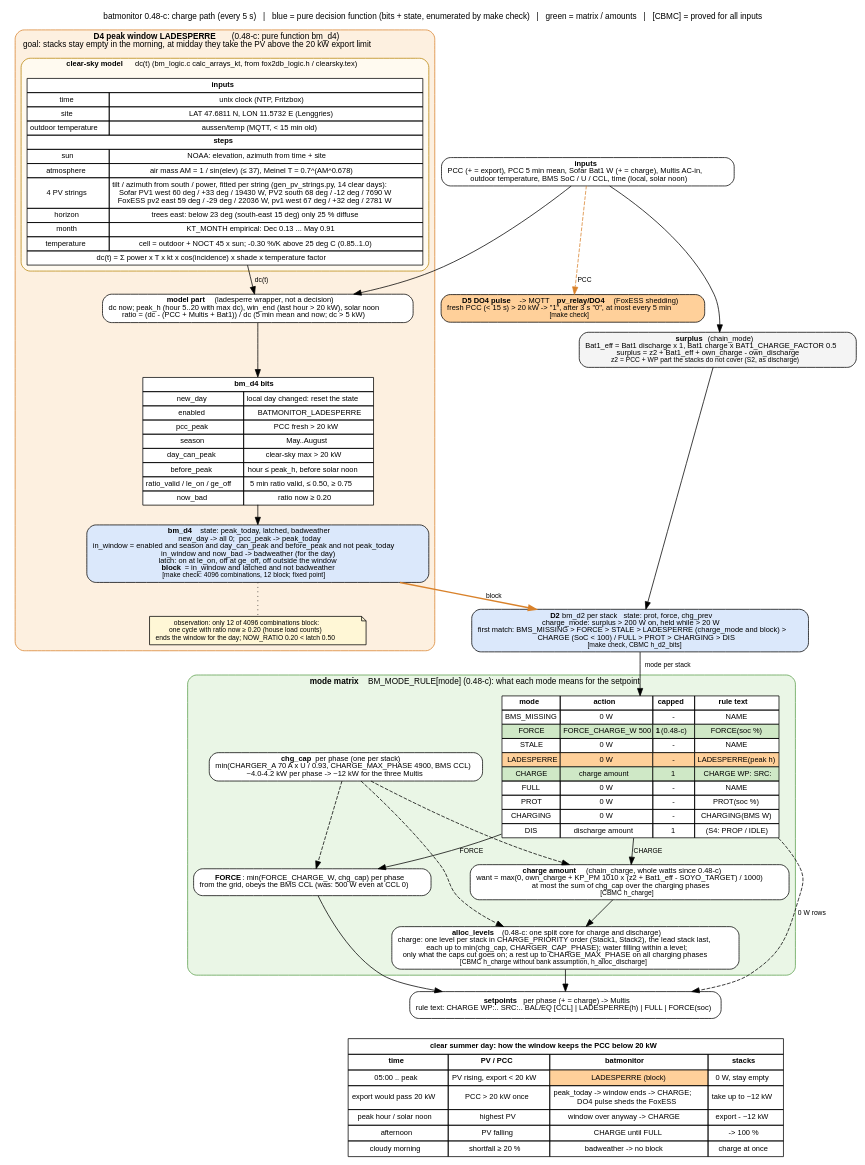
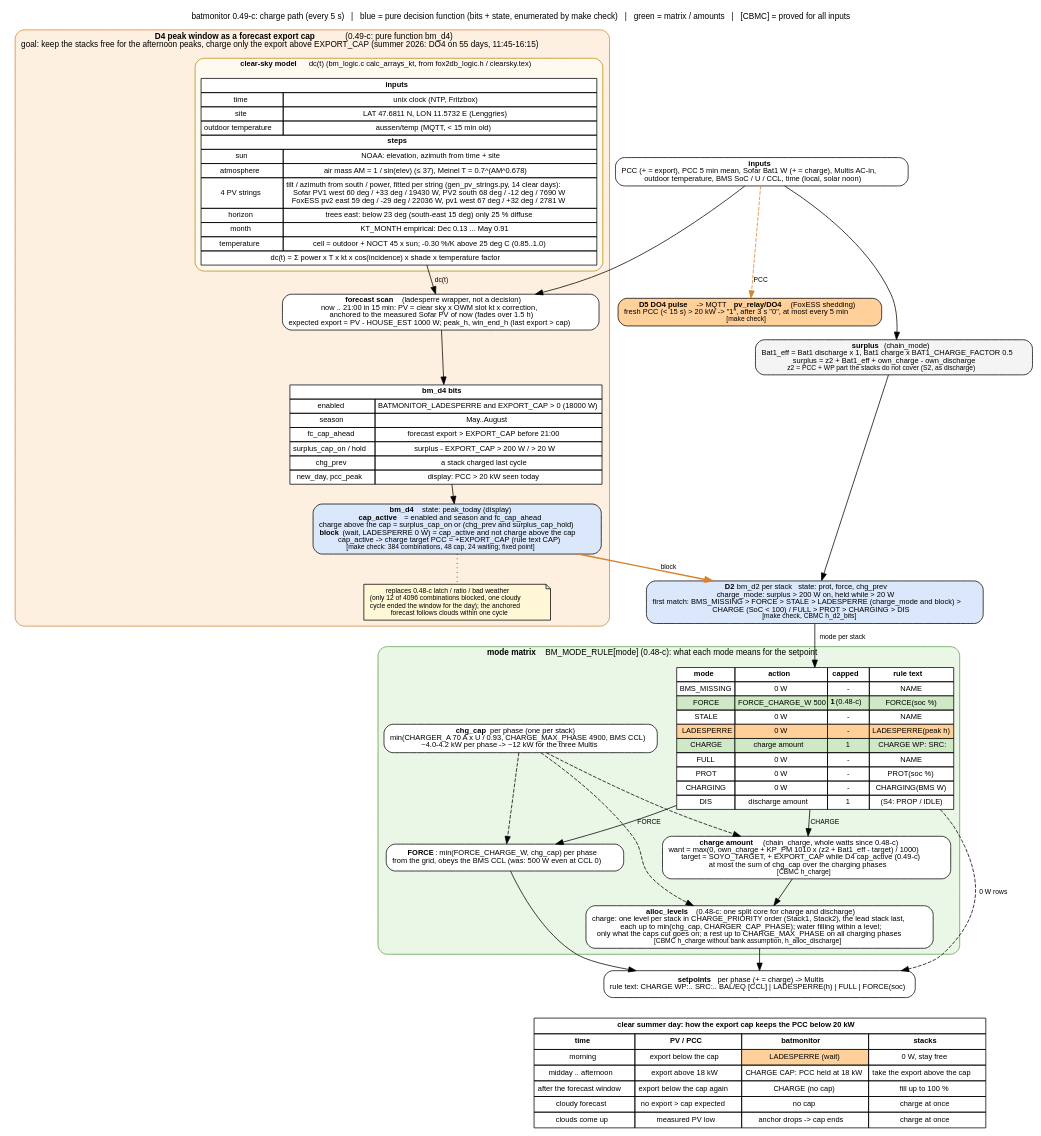
The diagram in docs/charge_flow.dot (gerontec/victron), drawn with Graphviz before and after one commit. The commit also changed 15 other files, not shown here.

```diff
--- a/docs/charge_flow.dot
+++ b/docs/charge_flow.dot
@@ -1,111 +1,109 @@
-// batmonitor 0.48-c: charge path of one cycle as decision matrices, with the summer peak window (D4 LADESPERRE)
+// batmonitor 0.49-c: charge path of one cycle as decision matrices, with the summer peak window (D4 LADESPERRE)
 // that keeps the stacks free in the morning so they take the midday PV and the PCC export stays below 20 kW.
 // render: dot -Tpdf charge_flow.dot -o charge_flow.pdf   (or -Tpng)
 digraph charge {
 	graph [rankdir=TB, fontname="Helvetica", fontsize=11, nodesep=0.35, ranksep=0.35, newrank=true,
-		   label="batmonitor 0.48-c: charge path (every 5 s)   |   blue = pure decision function (bits + state, enumerated by make check)   |   green = matrix / amounts   |   [CBMC] = proved for all inputs",
+		   label="batmonitor 0.49-c: charge path (every 5 s)   |   blue = pure decision function (bits + state, enumerated by make check)   |   green = matrix / amounts   |   [CBMC] = proved for all inputs",
 		   labelloc=t];
 	node [shape=box, style="rounded,filled", fillcolor="#f4f4f4", fontname="Helvetica", fontsize=10];
 	edge [fontname="Helvetica", fontsize=9];
 
 	in [label=<<b>inputs</b><br/>PCC (+ = export), PCC 5 min mean, Sofar Bat1 W (+ = charge), Multis AC-in,<br/>outdoor temperature, BMS SoC / U / CCL, time (local, solar noon)>, fillcolor="#ffffff"];
 
 	surplus [label=<<b>surplus</b> (chain_mode)<br/>Bat1_eff = Bat1 discharge x 1, Bat1 charge x BAT1_CHARGE_FACTOR 0.5<br/>surplus = z2 + Bat1_eff + own_charge - own_discharge<br/><font point-size="9">z2 = PCC + WP part the stacks do not cover (S2, as discharge)</font>>];
 
 	subgraph cluster_d4 {
-		label=<<b>D4 peak window LADESPERRE</b> (0.48-c: pure function bm_d4)<br/>goal: stacks stay empty in the morning, at midday they take the PV above the 20 kW export limit>;
+		label=<<b>D4 peak window as a forecast export cap</b> (0.49-c: pure function bm_d4)<br/>goal: keep the stacks free for the afternoon peaks, charge only the export above EXPORT_CAP (summer 2026: DO4 on 55 days, 11:45-16:15)>;
 		style="rounded,filled"; fillcolor="#fdf0e0"; color="#d9822b"; fontsize=11;
 		subgraph cluster_sky {
 			label=<<b>clear-sky model</b> dc(t) (bm_logic.c calc_arrays_kt, from fox2db_logic.h / clearsky.tex)>;
 			style="rounded,filled"; fillcolor="#fffaf0"; color="#b8860b"; fontsize=10;
 			sky [shape=plain, label=<
 				<table border="0" cellborder="1" cellspacing="0" cellpadding="3" bgcolor="#ffffff">
 				<tr><td colspan="2"><b>inputs</b></td></tr>
 				<tr><td>time</td><td>unix clock (NTP, Fritzbox)</td></tr>
 				<tr><td>site</td><td>LAT 47.6811 N, LON 11.5732 E (Lenggries)</td></tr>
 				<tr><td>outdoor temperature</td><td>aussen/temp (MQTT, &lt; 15 min old)</td></tr>
 				<tr><td colspan="2"><b>steps</b></td></tr>
 				<tr><td>sun</td><td>NOAA: elevation, azimuth from time + site</td></tr>
 				<tr><td>atmosphere</td><td>air mass AM = 1 / sin(elev) (&le; 37), Meinel T = 0.7^(AM^0.678)</td></tr>
 				<tr><td>4 PV strings</td><td>tilt / azimuth from south / power, fitted per string (gen_pv_strings.py, 14 clear days):<br/>Sofar PV1 west 60 deg / +33 deg / 19430 W, PV2 south 68 deg / -12 deg / 7690 W<br/>FoxESS pv2 east 59 deg / -29 deg / 22036 W, pv1 west 67 deg / +32 deg / 2781 W</td></tr>
 				<tr><td>horizon</td><td>trees east: below 23 deg (south-east 15 deg) only 25 % diffuse</td></tr>
 				<tr><td>month</td><td>KT_MONTH empirical: Dec 0.13 ... May 0.91</td></tr>
 				<tr><td>temperature</td><td>cell = outdoor + NOCT 45 x sun; -0.30 %/K above 25 deg C (0.85..1.0)</td></tr>
 				<tr><td colspan="2">dc(t) = &Sigma; power x T x kt x cos(incidence) x shade x temperature factor</td></tr>
 				</table>>];
 		}
-		model [label=<<b>model part</b> (ladesperre wrapper, not a decision)<br/>dc now; peak_h (hour 5..20 with max dc), win_end (last hour &gt; 20 kW), solar noon<br/>ratio = (dc - (PCC + Multis + Bat1)) / dc (5 min mean and now; dc &gt; 5 kW)>, fillcolor="#ffffff"];
+		model [label=<<b>forecast scan</b> (ladesperre wrapper, not a decision)<br/>now .. 21:00 in 15 min: PV = clear sky x OWM slot kt x correction,<br/>anchored to the measured Sofar PV of now (fades over 1.5 h)<br/>expected export = PV - HOUSE_EST 1000 W; peak_h, win_end_h (last export &gt; cap)>, fillcolor="#ffffff"];
 		sky -> model [label=" dc(t)"];
 		d4bits [shape=plain, label=<
 			<table border="0" cellborder="1" cellspacing="0" cellpadding="3" bgcolor="#ffffff">
 			<tr><td colspan="2"><b>bm_d4 bits</b></td></tr>
-			<tr><td>new_day</td><td>local day changed: reset the state</td></tr>
-			<tr><td>enabled</td><td>BATMONITOR_LADESPERRE</td></tr>
-			<tr><td>pcc_peak</td><td>PCC fresh &gt; 20 kW</td></tr>
+			<tr><td>enabled</td><td>BATMONITOR_LADESPERRE and EXPORT_CAP &gt; 0 (18000 W)</td></tr>
 			<tr><td>season</td><td>May..August</td></tr>
-			<tr><td>day_can_peak</td><td>clear-sky max &gt; 20 kW</td></tr>
-			<tr><td>before_peak</td><td>hour &le; peak_h, before solar noon</td></tr>
-			<tr><td>ratio_valid / le_on / ge_off</td><td>5 min ratio valid, &le; 0.50, &ge; 0.75</td></tr>
-			<tr><td>now_bad</td><td>ratio now &ge; 0.20</td></tr>
+			<tr><td>fc_cap_ahead</td><td>forecast export &gt; EXPORT_CAP before 21:00</td></tr>
+			<tr><td>surplus_cap_on / hold</td><td>surplus - EXPORT_CAP &gt; 200 W / &gt; 20 W</td></tr>
+			<tr><td>chg_prev</td><td>a stack charged last cycle</td></tr>
+			<tr><td>new_day, pcc_peak</td><td>display: PCC &gt; 20 kW seen today</td></tr>
 			</table>>];
-		d4 [label=<<b>bm_d4</b>   state: peak_today, latched, badweather<br/>new_day -&gt; all 0;  pcc_peak -&gt; peak_today<br/>in_window = enabled and season and day_can_peak and before_peak and not peak_today<br/>in_window and now_bad -&gt; badweather (for the day)<br/>latch: on at le_on, off at ge_off, off outside the window<br/><b>block</b> = in_window and latched and not badweather<br/><font point-size="9">[make check: 4096 combinations, 12 block; fixed point]</font>>, fillcolor="#dbe8fb"];
-		note_ls [shape=note, fillcolor="#fff7d6", fontsize=9, label=<observation: only 12 of 4096 combinations block:<br/>one cycle with ratio now &ge; 0.20 (house load counts)<br/>ends the window for the day; NOW_RATIO 0.20 &lt; latch 0.50>];
+		d4 [label=<<b>bm_d4</b>   state: peak_today (display)<br/><b>cap_active</b> = enabled and season and fc_cap_ahead<br/>charge above the cap = surplus_cap_on or (chg_prev and surplus_cap_hold)<br/><b>block</b> (wait, LADESPERRE 0 W) = cap_active and not charge above the cap<br/>cap_active -&gt; charge target PCC = +EXPORT_CAP (rule text CAP)<br/><font point-size="9">[make check: 384 combinations, 48 cap, 24 waiting; fixed point]</font>>, fillcolor="#dbe8fb"];
+		note_ls [shape=note, fillcolor="#fff7d6", fontsize=9, label=<replaces 0.48-c latch / ratio / bad weather<br/>(only 12 of 4096 combinations blocked, one cloudy<br/>cycle ended the window for the day); the anchored<br/>forecast follows clouds within one cycle>];
 		model -> d4bits -> d4;
 		d4 -> note_ls [style=dotted, arrowhead=none];
 	}
 
 	d2 [label=<<b>D2</b> bm_d2 per stack   state: prot, force, chg_prev<br/>charge_mode: surplus &gt; 200 W on, held while &gt; 20 W<br/>first match: BMS_MISSING &gt; FORCE &gt; STALE &gt; LADESPERRE (charge_mode and block) &gt;<br/>CHARGE (SoC &lt; 100) / FULL &gt; PROT &gt; CHARGING &gt; DIS<br/><font point-size="9">[make check, CBMC h_d2_bits]</font>>, fillcolor="#dbe8fb"];
 
 	subgraph cluster_mode {
 		label=<<b>mode matrix</b> BM_MODE_RULE[mode] (0.48-c): what each mode means for the setpoint>;
 		style="rounded,filled"; fillcolor="#eaf6e6"; color="#5a9e4b"; fontsize=11;
 		mrule [shape=plain, label=<
 			<table border="0" cellborder="1" cellspacing="0" cellpadding="3" bgcolor="#ffffff">
 			<tr><td><b>mode</b></td><td><b>action</b></td><td><b>capped</b></td><td><b>rule text</b></td></tr>
 			<tr><td>BMS_MISSING</td><td>0 W</td><td>-</td><td>NAME</td></tr>
 			<tr><td bgcolor="#cfe8c6">FORCE</td><td bgcolor="#cfe8c6">FORCE_CHARGE_W 500</td><td bgcolor="#cfe8c6"><b>1</b> (0.48-c)</td><td bgcolor="#cfe8c6">FORCE(soc %)</td></tr>
 			<tr><td>STALE</td><td>0 W</td><td>-</td><td>NAME</td></tr>
 			<tr><td bgcolor="#ffd09a">LADESPERRE</td><td bgcolor="#ffd09a">0 W</td><td bgcolor="#ffd09a">-</td><td bgcolor="#ffd09a">LADESPERRE(peak h)</td></tr>
 			<tr><td bgcolor="#cfe8c6">CHARGE</td><td bgcolor="#cfe8c6">charge amount</td><td bgcolor="#cfe8c6">1</td><td bgcolor="#cfe8c6">CHARGE WP: SRC:</td></tr>
 			<tr><td>FULL</td><td>0 W</td><td>-</td><td>NAME</td></tr>
 			<tr><td>PROT</td><td>0 W</td><td>-</td><td>PROT(soc %)</td></tr>
 			<tr><td>CHARGING</td><td>0 W</td><td>-</td><td>CHARGING(BMS W)</td></tr>
 			<tr><td>DIS</td><td>discharge amount</td><td>1</td><td>(S4: PROP / IDLE)</td></tr>
 			</table>>];
 		force [label=<<b>FORCE</b>: min(FORCE_CHARGE_W, chg_cap) per phase<br/>from the grid, obeys the BMS CCL (was: 500 W even at CCL 0)>, fillcolor="#ffffff"];
-		amount [label=<<b>charge amount</b> (chain_charge, whole watts since 0.48-c)<br/>want = max(0, own_charge + KP_PM 1010 x (z2 + Bat1_eff - SOYO_TARGET) / 1000)<br/>at most the sum of chg_cap over the charging phases<br/><font point-size="9">[CBMC h_charge]</font>>, fillcolor="#ffffff"];
+		amount [label=<<b>charge amount</b> (chain_charge, whole watts since 0.48-c)<br/>want = max(0, own_charge + KP_PM 1010 x (z2 + Bat1_eff - target) / 1000)<br/>target = SOYO_TARGET, + EXPORT_CAP while D4 cap_active (0.49-c)<br/>at most the sum of chg_cap over the charging phases<br/><font point-size="9">[CBMC h_charge]</font>>, fillcolor="#ffffff"];
 		caps [label=<<b>chg_cap</b> per phase (one per stack)<br/>min(CHARGER_A 70 A x U / 0.93, CHARGE_MAX_PHASE 4900, BMS CCL)<br/>~4.0-4.2 kW per phase -&gt; ~12 kW for the three Multis>, fillcolor="#ffffff"];
 		alloc [label=<<b>alloc_levels</b> (0.48-c: one split core for charge and discharge)<br/>charge: one level per stack in CHARGE_PRIORITY order (Stack1, Stack2), the lead stack last,<br/>each up to min(chg_cap, CHARGER_CAP_PHASE); water filling within a level;<br/>only what the caps cut goes on; a rest up to CHARGE_MAX_PHASE on all charging phases<br/><font point-size="9">[CBMC h_charge without bank assumption, h_alloc_discharge]</font>>, fillcolor="#ffffff"];
 		mrule -> force [label=" FORCE"];
 		mrule -> amount [label=" CHARGE"];
 		caps -> amount [style=dashed];
 		caps -> alloc [style=dashed];
 		caps -> force [style=dashed];
 		amount -> alloc;
 	}
 
 	do4 [label=<<b>D5 DO4 pulse</b> -&gt; MQTT <b>pv_relay/DO4</b> (FoxESS shedding)<br/>fresh PCC (&lt; 15 s) &gt; 20 kW -&gt; "1", after 3 s "0", at most every 5 min<br/><font point-size="9">[make check]</font>>, fillcolor="#ffd09a"];
 
 	out [label=<<b>setpoints</b> per phase (+ = charge) -&gt; Multis<br/>rule text: CHARGE WP:.. SRC:.. BAL/EQ [CCL] | LADESPERRE(h) | FULL | FORCE(soc)>, fillcolor="#ffffff"];
 
 	timeline [shape=plain, label=<
 		<table border="0" cellborder="1" cellspacing="0" cellpadding="4" bgcolor="#ffffff">
-		<tr><td colspan="4"><b>clear summer day: how the window keeps the PCC below 20 kW</b></td></tr>
+		<tr><td colspan="4"><b>clear summer day: how the export cap keeps the PCC below 20 kW</b></td></tr>
 		<tr><td><b>time</b></td><td><b>PV / PCC</b></td><td><b>batmonitor</b></td><td><b>stacks</b></td></tr>
-		<tr><td>05:00 .. peak</td><td>PV rising, export &lt; 20 kW</td><td bgcolor="#ffd09a">LADESPERRE (block)</td><td>0 W, stay empty</td></tr>
-		<tr><td>export would pass 20 kW</td><td>PCC &gt; 20 kW once</td><td>peak_today -&gt; window ends -&gt; CHARGE;<br/>DO4 pulse sheds the FoxESS</td><td>take up to ~12 kW</td></tr>
-		<tr><td>peak hour / solar noon</td><td>highest PV</td><td>window over anyway -&gt; CHARGE</td><td>export - ~12 kW</td></tr>
-		<tr><td>afternoon</td><td>PV falling</td><td>CHARGE until FULL</td><td>-&gt; 100 %</td></tr>
-		<tr><td>cloudy morning</td><td>shortfall &ge; 20 %</td><td>badweather -&gt; no block</td><td>charge at once</td></tr>
+		<tr><td>morning</td><td>export below the cap</td><td bgcolor="#ffd09a">LADESPERRE (wait)</td><td>0 W, stay free</td></tr>
+		<tr><td>midday .. afternoon</td><td>export above 18 kW</td><td>CHARGE CAP: PCC held at 18 kW</td><td>take the export above the cap</td></tr>
+		<tr><td>after the forecast window</td><td>export below the cap again</td><td>CHARGE (no cap)</td><td>fill up to 100 %</td></tr>
+		<tr><td>cloudy forecast</td><td>no export &gt; cap expected</td><td>no cap</td><td>charge at once</td></tr>
+		<tr><td>clouds come up</td><td>measured PV low</td><td>anchor drops -&gt; cap ends</td><td>charge at once</td></tr>
 		</table>>];
 
 	in -> surplus -> d2;
 	in -> model;
 	in -> do4 [style=dashed, label=" PCC", color="#d9822b"];
 	d4 -> d2 [color="#d9822b", penwidth=2, label=" block"];
 	d2 -> mrule [label=" mode per stack"];
 	force -> out;
 	alloc -> out;
 	mrule -> out [label=" 0 W rows", style=dashed];
 	out -> timeline [style=invis];
 }
```
